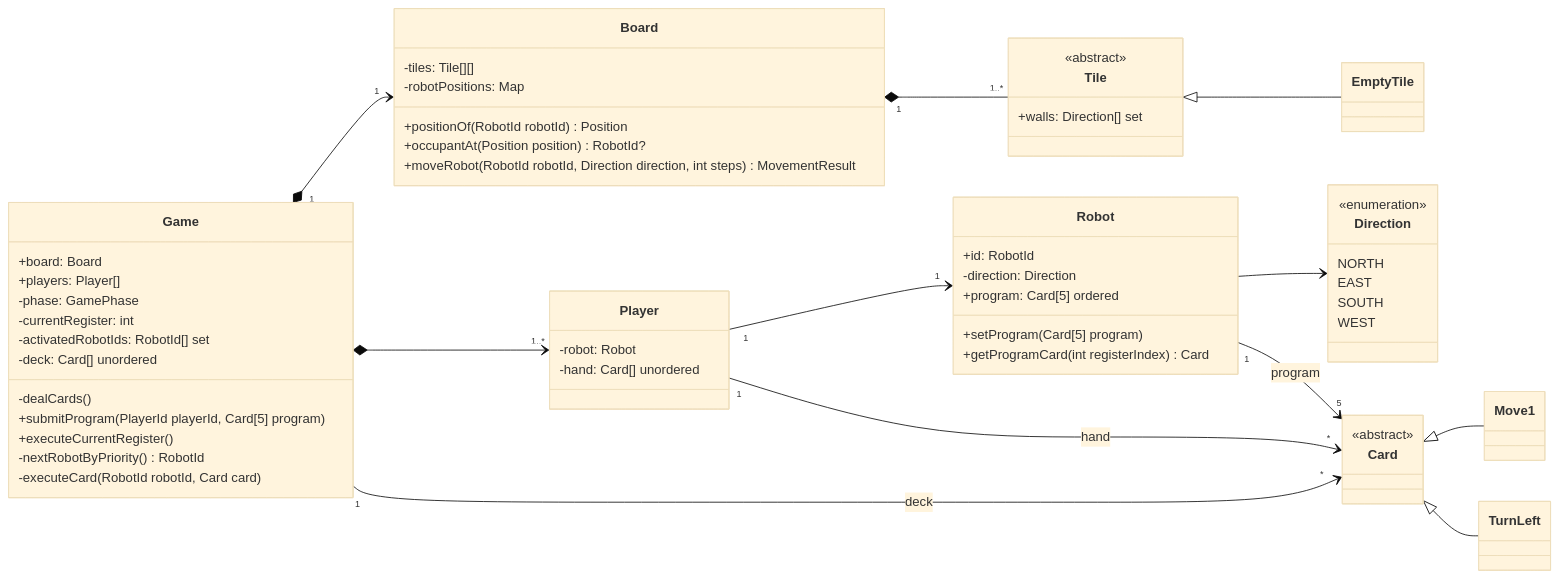
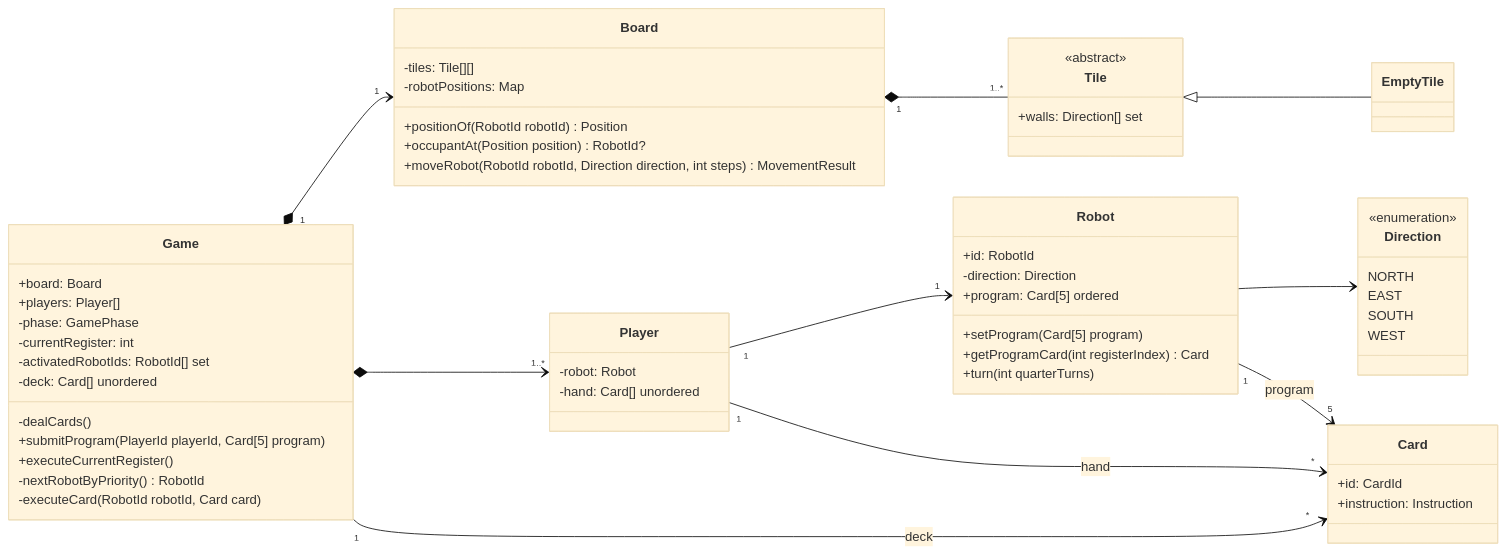
The diagram in docs/game_model_UML.md (hananinas/RoboRally), drawn with Mermaid (base theme) before and after one commit. The commit also changed other lines of this file and 3 other files, not shown here.

````diff
--- a/docs/game_model_UML.md
+++ b/docs/game_model_UML.md
@@ -4,77 +4,74 @@
 ```mermaid
     classDiagram
         direction LR
 
         class Game {
         +board: Board
         +players: Player[]
         -phase: GamePhase
         -currentRegister: int
         -activatedRobotIds: RobotId[] set
         -deck: Card[] unordered
         -dealCards()
         +submitProgram(PlayerId playerId, Card[5] program)
         +executeCurrentRegister()
         -nextRobotByPriority() RobotId
         -executeCard(RobotId robotId, Card card)
         }
 
         class Board {
         -tiles: Tile[][]
         -robotPositions: Map
         +positionOf(RobotId robotId) Position
         +occupantAt(Position position) RobotId?
         +moveRobot(RobotId robotId, Direction direction, int steps) MovementResult
         }
 
         class Tile {
             <<abstract>>
             +walls: Direction[] set
         }
 
         class EmptyTile
 
         class Player {
         -robot: Robot
         -hand: Card[] unordered
         }
 
         class Robot {
         +id: RobotId
         -direction: Direction
         +program: Card[5] ordered
         +setProgram(Card[5] program)
         +getProgramCard(int registerIndex) Card
+        +turn(int quarterTurns)
         }
 
         class Direction {
         <<enumeration>>
         NORTH
         EAST
         SOUTH
         WEST
         }
 
         class Card {
-            <<abstract>>
+            +id: CardId
+            +instruction: Instruction
         }
-
-        class Move1
-        class TurnLeft
 
         Game "1" *--> "1" Board
         Game *--> "1..*" Player
         Board "1" *-- "1..*" Tile
 
         Robot --> Direction
         Tile <|-- EmptyTile
 
         Player "1" --> "1" Robot
 
         Game "1" --> "*" Card : deck
         Player "1" --> "*" Card : hand
         Robot "1" --> "5" Card : program
 
-        Card <|-- Move1
-        Card <|-- TurnLeft
 ```
````
